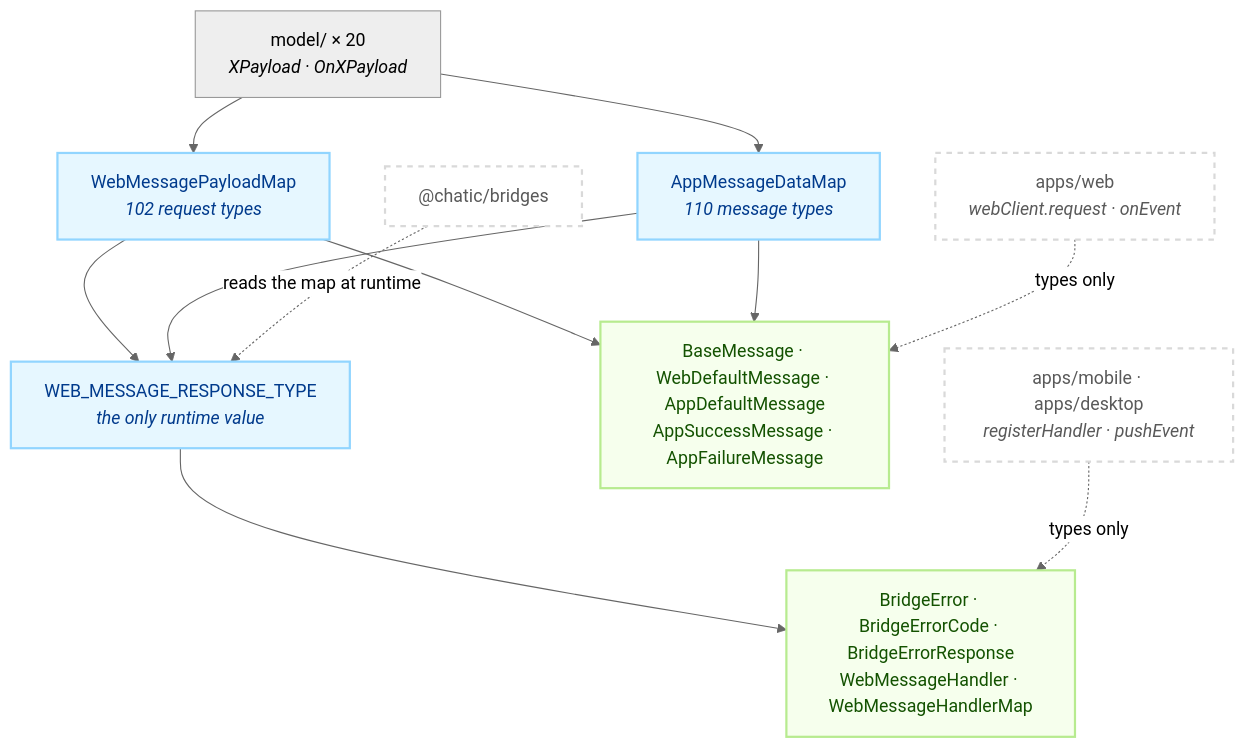
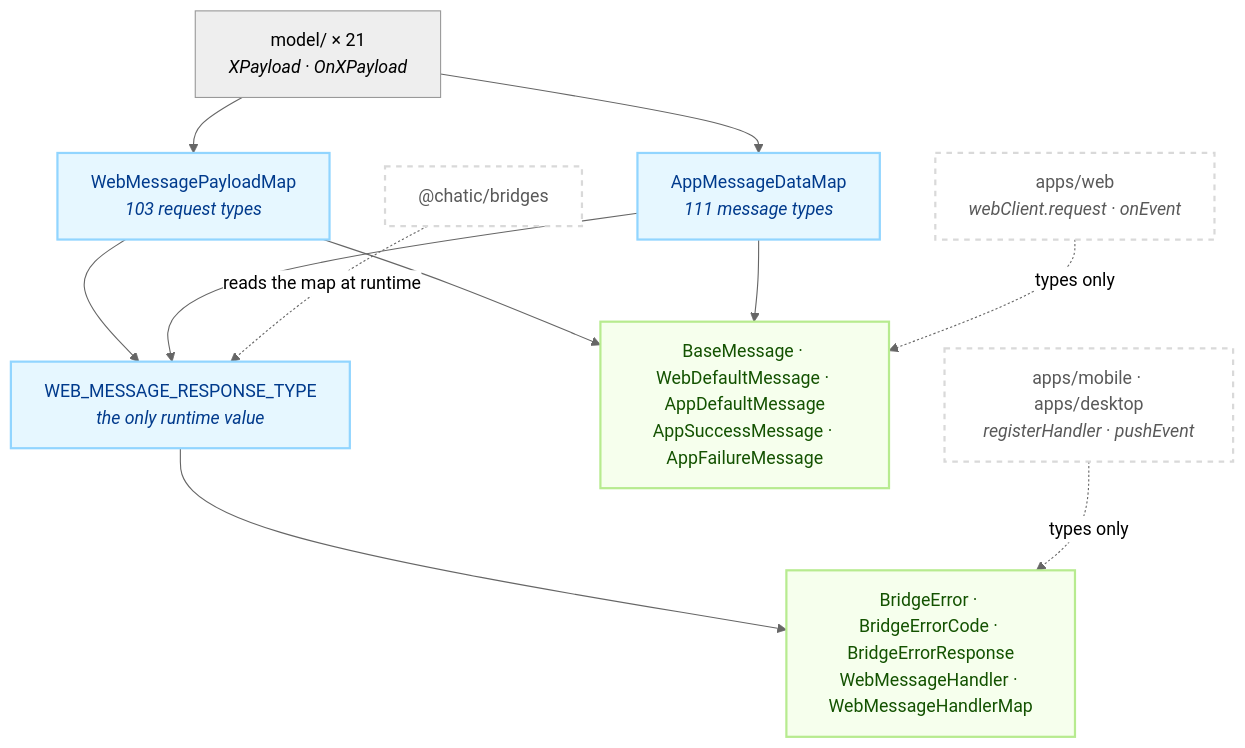
Before and after one commit to lemoncloud-io/dou-app: the first of 2 diagrams in libs/app-messages/README.md, drawn with Mermaid (neutral theme). The commit also changed other lines of this file and 13 other files, not shown here.

````diff
--- a/libs/app-messages/README.md
+++ b/libs/app-messages/README.md
@@ -89,28 +89,28 @@
 ```mermaid
 flowchart TD
     classDef ext fill:#ffffff,stroke:#d9d9d9,stroke-width:2px,color:#595959,stroke-dasharray: 5 5;
     classDef map fill:#e6f7ff,stroke:#91d5ff,stroke-width:2px,color:#003a8c;
     classDef env fill:#f6ffed,stroke:#b7eb8f,stroke-width:2px,color:#135200;
 
-    Model["model/ × 20<br/><i>XPayload · OnXPayload</i>"]
-    WM["WebMessagePayloadMap<br/><i>102 request types</i>"]:::map
-    AM["AppMessageDataMap<br/><i>110 message types</i>"]:::map
+    Model["model/ × 21<br/><i>XPayload · OnXPayload</i>"]
+    WM["WebMessagePayloadMap<br/><i>103 request types</i>"]:::map
+    AM["AppMessageDataMap<br/><i>111 message types</i>"]:::map
     RT["WEB_MESSAGE_RESPONSE_TYPE<br/><i>the only runtime value</i>"]:::map
     Env["BaseMessage · WebDefaultMessage · AppDefaultMessage<br/>AppSuccessMessage · AppFailureMessage"]:::env
     Err["BridgeError · BridgeErrorCode · BridgeErrorResponse<br/>WebMessageHandler · WebMessageHandlerMap"]:::env
 
     Web["apps/web<br/><i>webClient.request · onEvent</i>"]:::ext
     Shell["apps/mobile · apps/desktop<br/><i>registerHandler · pushEvent</i>"]:::ext
     Br["@chatic/bridges"]:::ext
 
     Model --> WM
     Model --> AM
     WM --> RT
     AM --> RT
     WM --> Env
     AM --> Env
     RT --> Err
     Br -.->|"reads the map at runtime"| RT
     Web -.->|"types only"| Env
     Shell -.->|"types only"| Err
 ```
````
